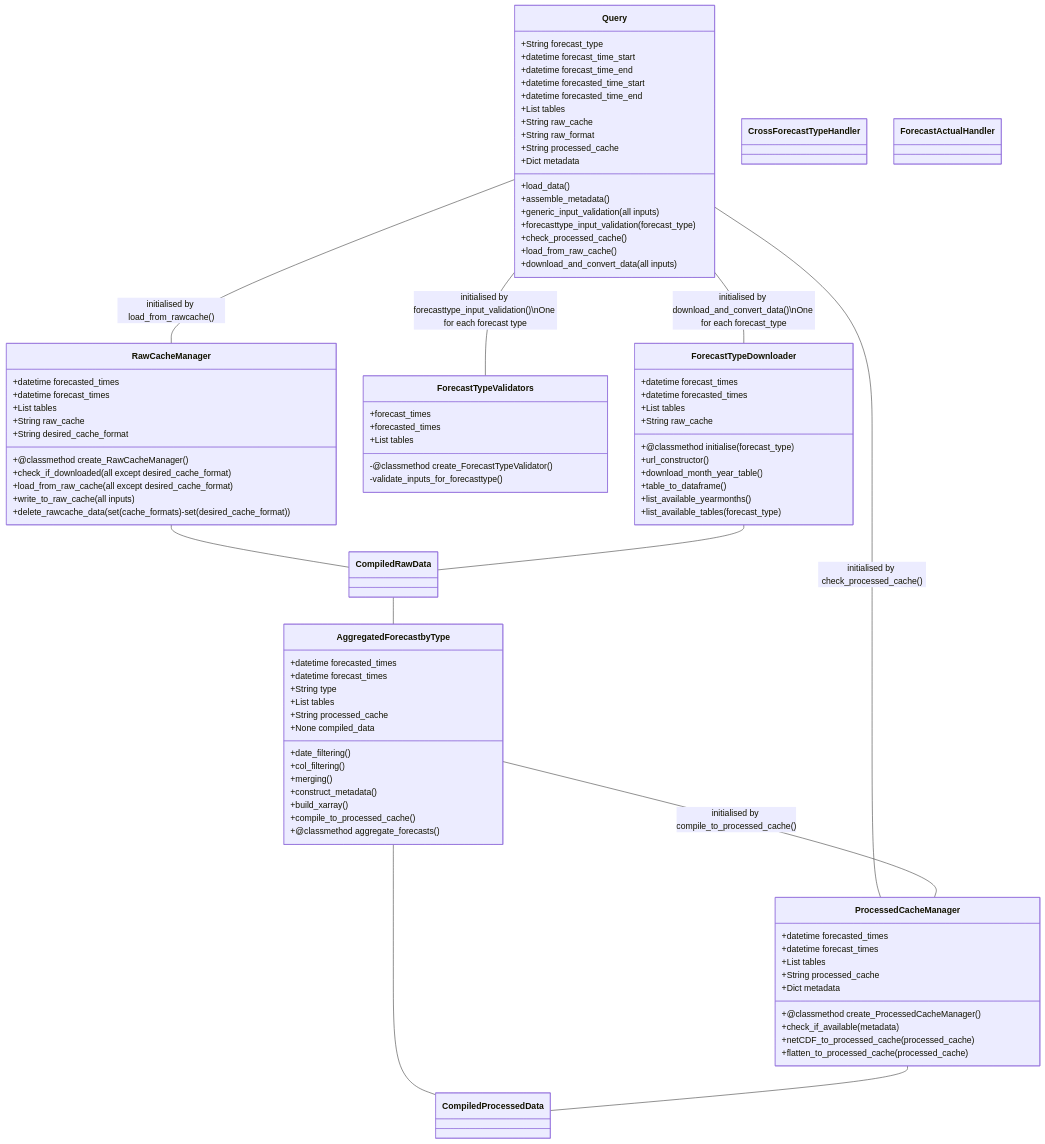
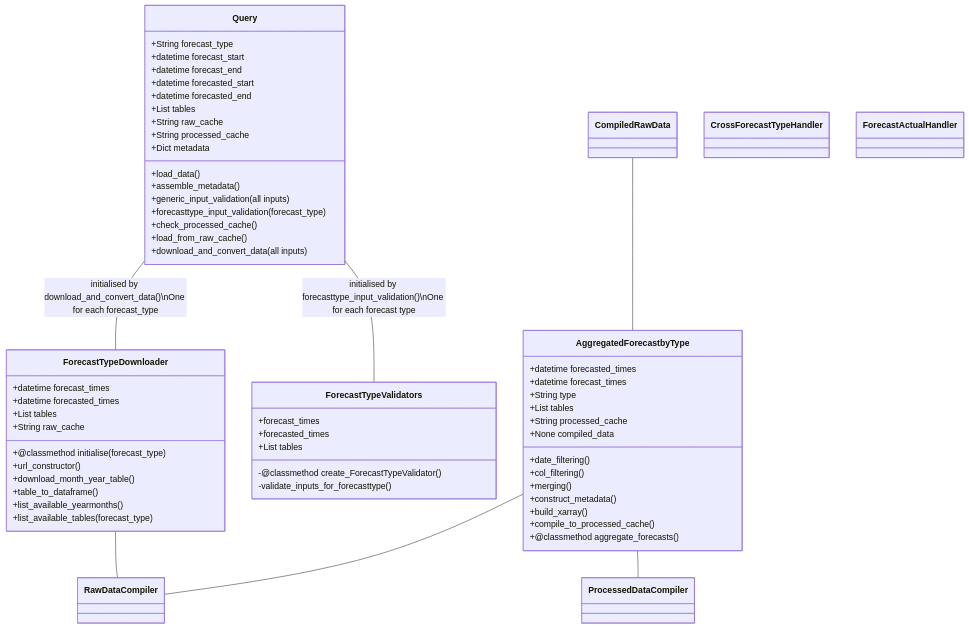
Before and after one commit to UNSW-CEEM/NEMSEER: the diagram in ROADMAP.md, drawn with Mermaid. The commit also changed other lines of this file, not shown here.

Commit message:
Roadmap update

```diff
--- a/ROADMAP.md
+++ b/ROADMAP.md
@@ -36,13 +36,12 @@
 
     class Query{
       +String forecast_type
-      +datetime forecast_time_start
-      +datetime forecast_time_end
-      +datetime forecasted_time_start
-      +datetime forecasted_time_end
+      +datetime forecast_start
+      +datetime forecast_end
+      +datetime forecasted_start
+      +datetime forecasted_end
       +List tables
       +String raw_cache
-      +String raw_format
       +String processed_cache
       +Dict metadata
       +load_data()
@@ -73,30 +72,6 @@
       -@classmethod create_ForecastTypeValidator()
       -validate_inputs_for_forecasttype()
     }
-    class RawCacheManager{
-      +datetime forecasted_times
-      +datetime forecast_times
-      +List tables
-      +String raw_cache
-      +String desired_cache_format
-      +@classmethod create_RawCacheManager()
-      +check_if_downloaded(all except desired_cache_format)
-      +load_from_raw_cache(all except desired_cache_format)
-      +write_to_raw_cache(all inputs)
-      +delete_rawcache_data(set(cache_formats)-set(desired_cache_format))
-    }
-
-      class ProcessedCacheManager{
-      +datetime forecasted_times
-      +datetime forecast_times
-      +List tables
-      +String processed_cache
-      +Dict metadata
-      +@classmethod create_ProcessedCacheManager()
-      +check_if_available(metadata)
-      +netCDF_to_processed_cache(processed_cache)
-      +flatten_to_processed_cache(processed_cache)
-    }
 
     class AggregatedForecastbyType{
       +datetime forecasted_times
@@ -114,23 +89,19 @@
       +@classmethod aggregate_forecasts()
     }
 
-    class CompiledRawData{
+    class RawDataCompiler{
 
     }
-    class CompiledProcessedData{
+    class ProcessedDataCompiler{
 
     }
 
     Query -- ForecastTypeValidators :initialised by forecasttype_input_validation()\nOne for each forecast type
-    Query -- RawCacheManager :initialised by load_from_rawcache()
-    Query -- ProcessedCacheManager :initialised by check_processed_cache()
     Query -- ForecastTypeDownloader :initialised by download_and_convert_data()\nOne for each forecast_type
-    AggregatedForecastbyType -- ProcessedCacheManager : initialised by compile_to_processed_cache()
-    RawCacheManager -- CompiledRawData
-    ForecastTypeDownloader --CompiledRawData
+    ForecastTypeDownloader -- RawDataCompiler
     CompiledRawData -- AggregatedForecastbyType
-    AggregatedForecastbyType -- CompiledProcessedData
-    ProcessedCacheManager -- CompiledProcessedData
+    AggregatedForecastbyType -- RawDataCompiler
+    AggregatedForecastbyType -- ProcessedDataCompiler
     class CrossForecastTypeHandler
 
     class ForecastActualHandler
```
